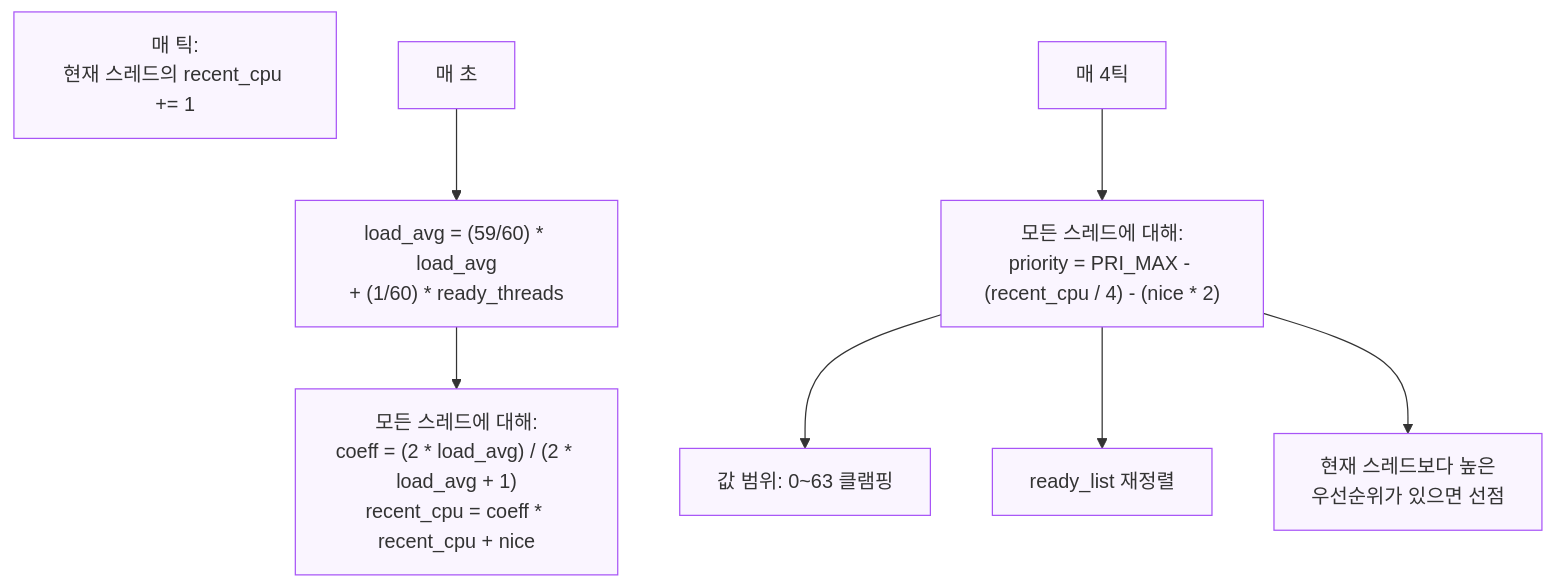
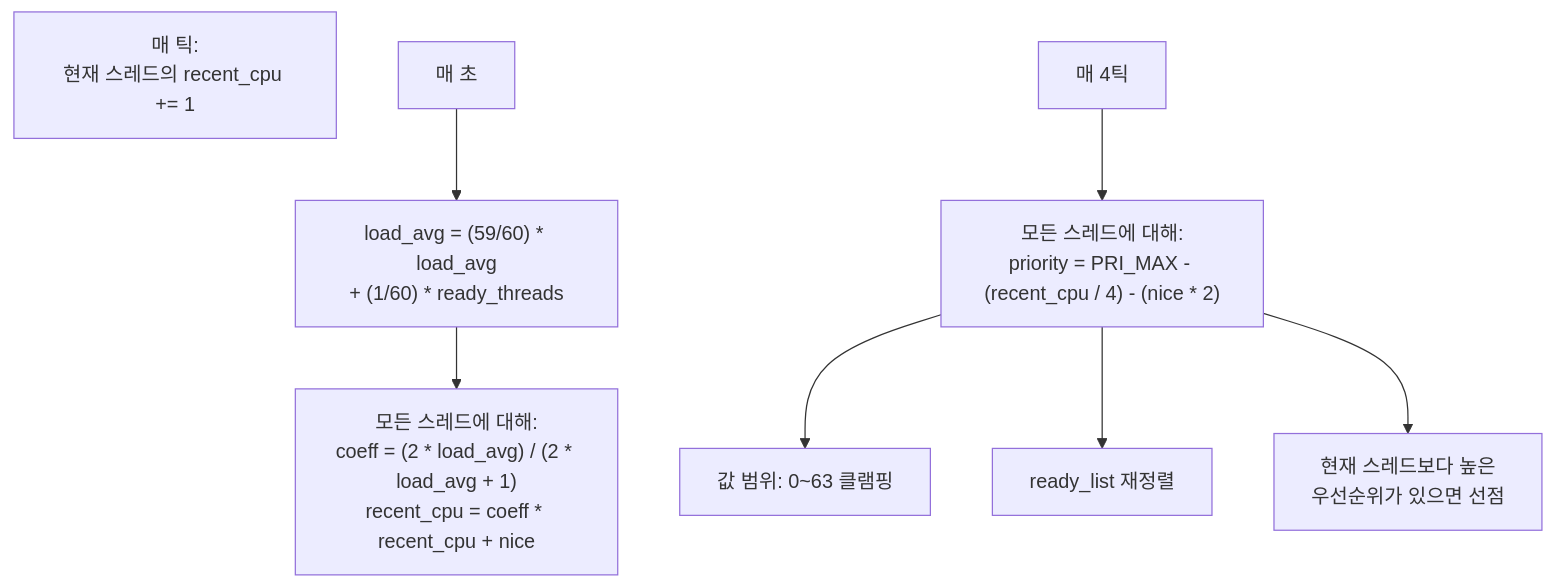
One commit to Jungle-12-303/wk09_1 changed the eighth of 10 diagrams in docs/pintos/01-big-picture.md. Above: the diagram before and after it, drawn with Mermaid. The commit also changed other lines of this file, not shown here.

First line of the commit message:
style: Mermaid 다이어그램에서 커스텀 컬러 style 지시문을 제거

````diff
--- a/docs/pintos/01-big-picture.md
+++ b/docs/pintos/01-big-picture.md
@@ -263,28 +241,19 @@
 ```mermaid
 graph TD
     TICK["매 틱:<br/>현재 스레드의 recent_cpu += 1"]
     SEC["매 초"]
     LAVG["load_avg = (59/60) * load_avg<br/>+ (1/60) * ready_threads"]
     RCPU["모든 스레드에 대해:<br/>coeff = (2 * load_avg) / (2 * load_avg + 1)<br/>recent_cpu = coeff * recent_cpu + nice"]
     FOUR["매 4틱"]
     PRI["모든 스레드에 대해:<br/>priority = PRI_MAX - (recent_cpu / 4) - (nice * 2)"]
     CLAMP["값 범위: 0~63 클램핑"]
     RESORT["ready_list 재정렬"]
     PREEMPT["현재 스레드보다 높은<br/>우선순위가 있으면 선점"]
 
     TICK
     SEC --> LAVG --> RCPU
     FOUR --> PRI --> CLAMP
     PRI --> RESORT
     PRI --> PREEMPT
 
-    style TICK fill:#FAF5FF,stroke:#A855F7
-    style SEC fill:#FAF5FF,stroke:#A855F7
-    style LAVG fill:#FAF5FF,stroke:#A855F7
-    style RCPU fill:#FAF5FF,stroke:#A855F7
-    style FOUR fill:#FAF5FF,stroke:#A855F7
-    style PRI fill:#FAF5FF,stroke:#A855F7
-    style CLAMP fill:#FAF5FF,stroke:#A855F7
-    style RESORT fill:#FAF5FF,stroke:#A855F7
-    style PREEMPT fill:#FAF5FF,stroke:#A855F7
 ```
````
